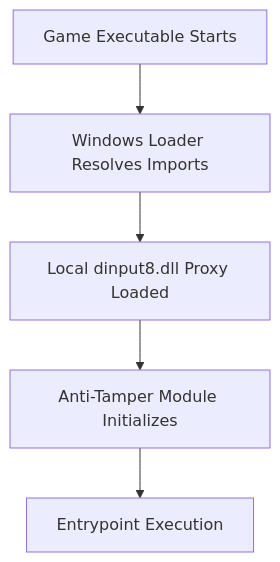
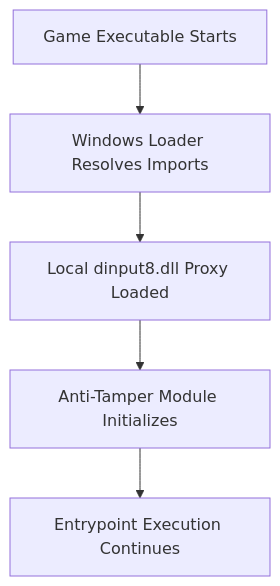
One commit to lobsterrev/lobsterrev.github.io changed the diagram in _posts/2026-01-31-MSPS.md. Above: the diagram before and after it, drawn with Mermaid.

Commit message:
Modify flowchart for entrypoint execution
Updated the flowchart to reflect changes in entrypoint execution.

````diff
--- a/_posts/2026-01-31-MSPS.md
+++ b/_posts/2026-01-31-MSPS.md
@@ -47,7 +47,7 @@
-```mermaid
+<div class="mermaid">
 flowchart TD
     A[Game Executable Starts] --> B[Windows Loader Resolves Imports]
     B --> C[Local dinput8.dll Proxy Loaded]
     C --> D[Anti-Tamper Module Initializes]
-    D --> E[Entrypoint Execution]
-```
+    D --> E[Entrypoint Execution Continues]
+</div>
````
